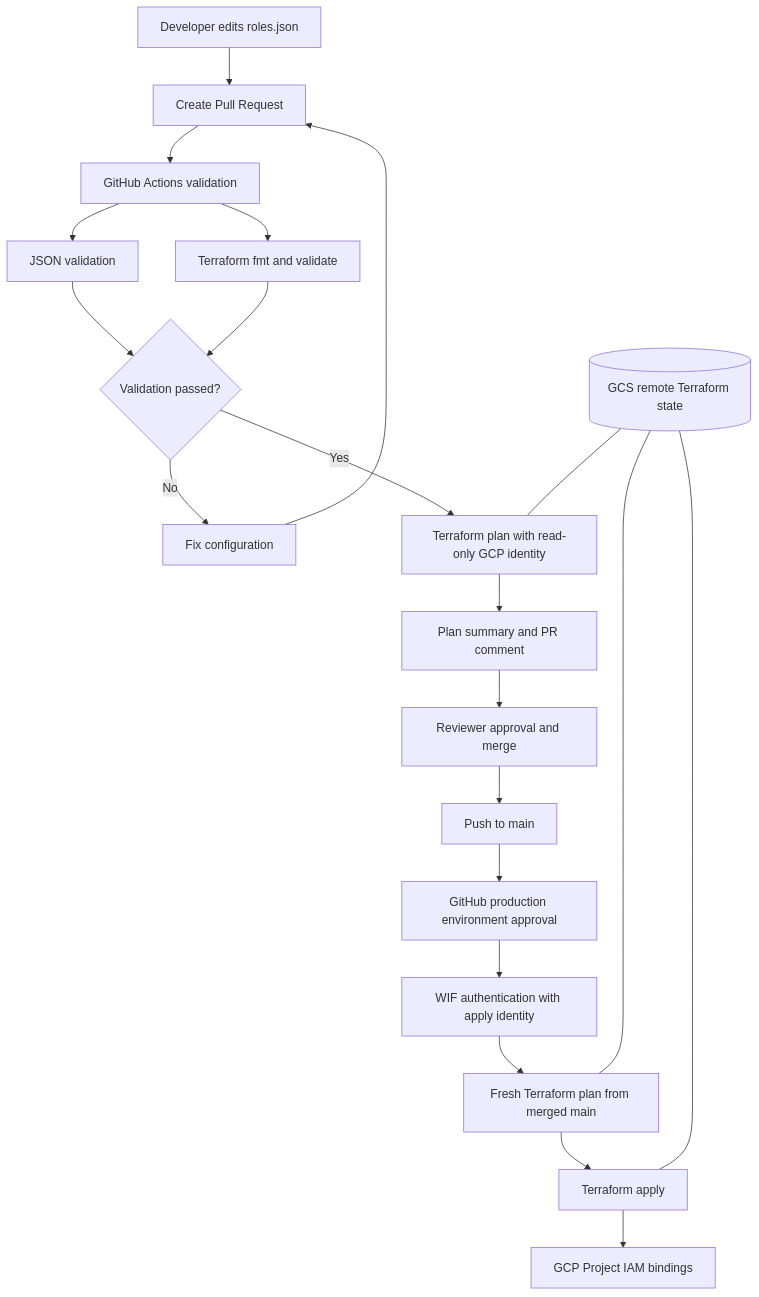
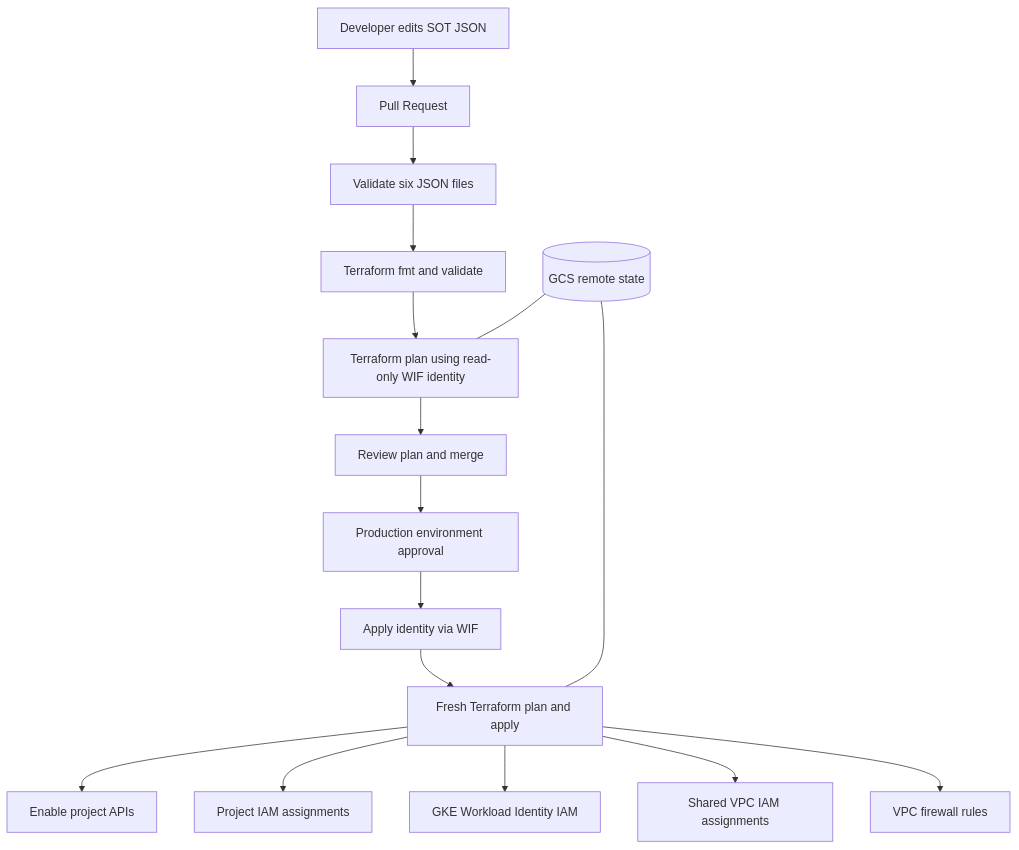
One commit to manojrasia/terraform-sot-workflow changed the diagram in architecture.mmd. Above: the diagram before and after it, drawn with Mermaid. The commit also changed 18 other files, not shown here.

Commit message:
feat: move configuration into SOT JSON inputs

```diff
--- a/architecture.mmd
+++ b/architecture.mmd
@@ -1,21 +1,16 @@
 flowchart TD
-    A[Developer edits roles.json] --> B[Create Pull Request]
-    B --> C[GitHub Actions validation]
-    C --> D[JSON validation]
-    C --> E[Terraform fmt and validate]
-    D --> F{Validation passed?}
-    E --> F
-    F -- No --> G[Fix configuration]
-    G --> B
-    F -- Yes --> H[Terraform plan with read-only GCP identity]
-    H --> I[Plan summary and PR comment]
-    I --> J[Reviewer approval and merge]
-    J --> K[Push to main]
-    K --> L[GitHub production environment approval]
-    L --> M[WIF authentication with apply identity]
-    M --> N[Fresh Terraform plan from merged main]
-    N --> O[Terraform apply]
-    O --> P[GCP Project IAM bindings]
-    Q[(GCS remote Terraform state)] --- H
-    Q --- N
-    Q --- O
+    A[Developer edits SOT JSON] --> B[Pull Request]
+    B --> C[Validate six JSON files]
+    C --> D[Terraform fmt and validate]
+    D --> E[Terraform plan using read-only WIF identity]
+    E --> F[Review plan and merge]
+    F --> G[Production environment approval]
+    G --> H[Apply identity via WIF]
+    H --> I[Fresh Terraform plan and apply]
+    I --> J[Enable project APIs]
+    I --> K[Project IAM assignments]
+    I --> L[GKE Workload Identity IAM]
+    I --> M[Shared VPC IAM assignments]
+    I --> N[VPC firewall rules]
+    O[(GCS remote state)] --- E
+    O --- I
```
